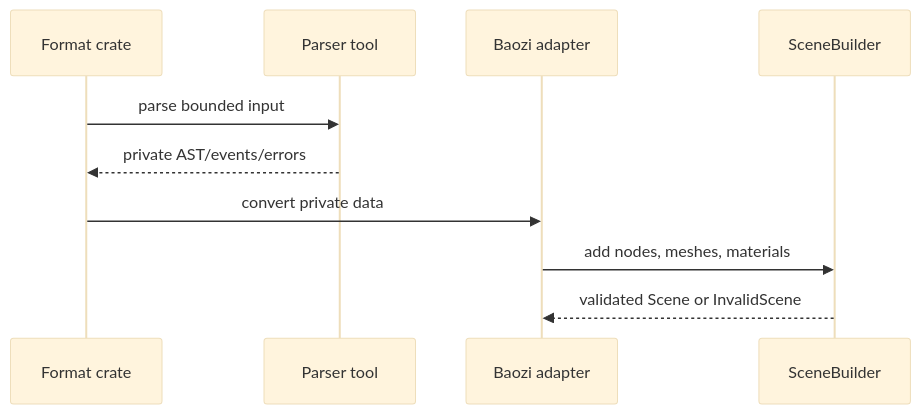
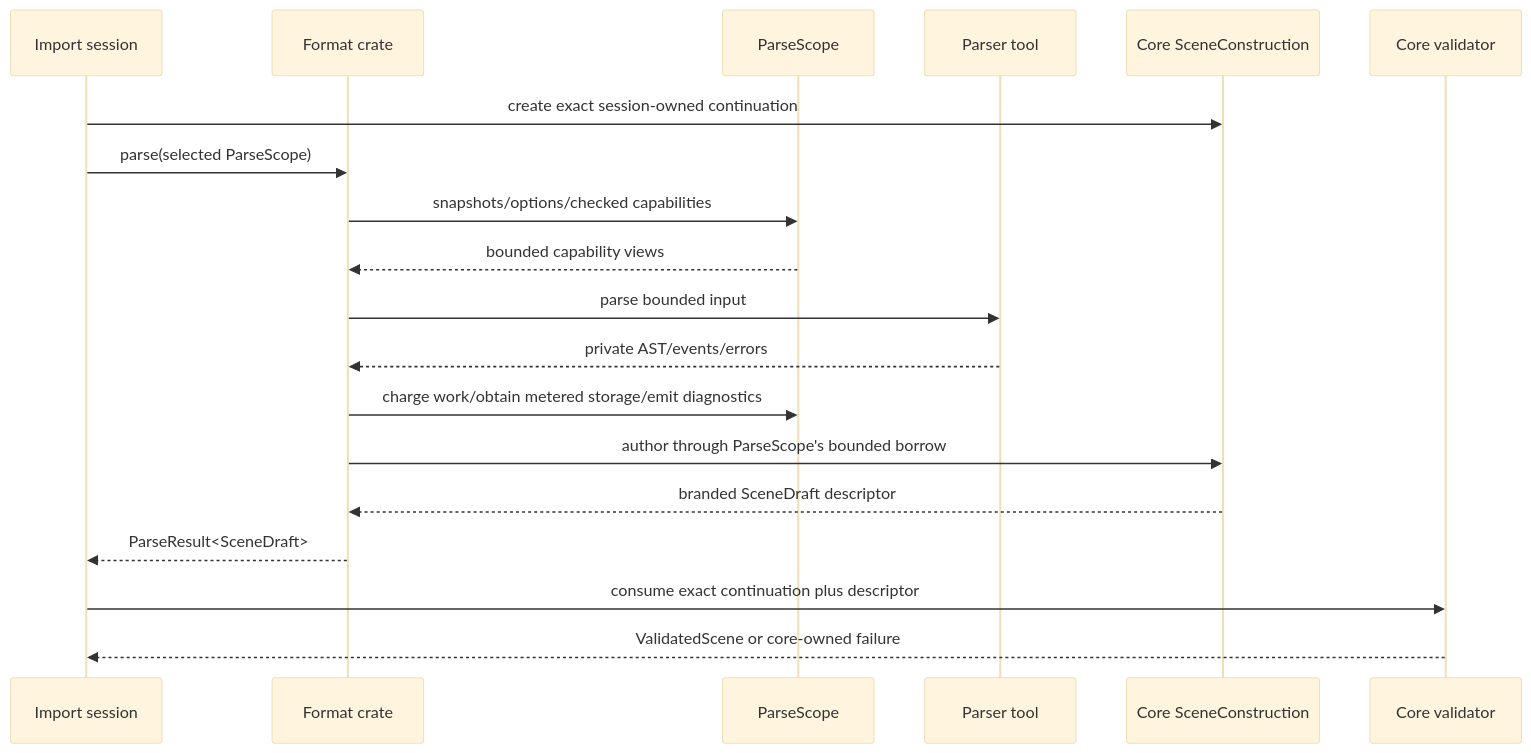
The second of 2 diagrams in docs/adr/0018-parser-tooling-and-format-owned-parser-policy.md (Latias94/baozi), drawn with Mermaid (base theme) before and after one commit. The commit also changed other lines of this file and 978 other files, not shown here.

First line of the commit message:
refactor: deliver typed scene workflows and bounded imports (#3)

````diff
--- a/docs/adr/0018-parser-tooling-and-format-owned-parser-policy.md
+++ b/docs/adr/0018-parser-tooling-and-format-owned-parser-policy.md
@@ -91,13 +120,22 @@
 ```mermaid
 sequenceDiagram
+    participant Session as Import session
     participant Format as Format crate
+    participant Scope as ParseScope
     participant Tool as Parser tool
-    participant Adapter as Baozi adapter
-    participant Builder as SceneBuilder
+    participant Construction as Core SceneConstruction
+    participant Validator as Core validator
 
+    Session->>Construction: create exact session-owned continuation
+    Session->>Format: parse(selected ParseScope)
+    Format->>Scope: snapshots/options/checked capabilities
+    Scope-->>Format: bounded capability views
     Format->>Tool: parse bounded input
     Tool-->>Format: private AST/events/errors
-    Format->>Adapter: convert private data
-    Adapter->>Builder: add nodes, meshes, materials
-    Builder-->>Adapter: validated Scene or InvalidScene
+    Format->>Scope: charge work/obtain metered storage/emit diagnostics
+    Format->>Construction: author through ParseScope's bounded borrow
+    Construction-->>Format: branded SceneDraft descriptor
+    Format-->>Session: ParseResult<SceneDraft>
+    Session->>Validator: consume exact continuation plus descriptor
+    Validator-->>Session: ValidatedScene or core-owned failure
 ```
````
